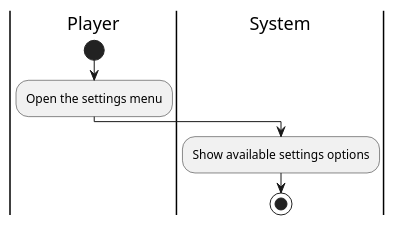
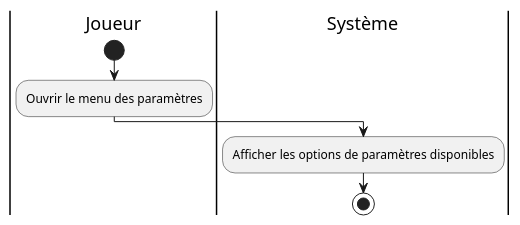
The diagram in Analyse/UseCase/checkParams.puml (LosVerinos/Crossy-Road), drawn with PlantUML before and after one commit. The commit also changed 13 other files, not shown here.

Commit message:
Modifications de certains diagrammes

```diff
--- a/Analyse/UseCase/checkParams.puml
+++ b/Analyse/UseCase/checkParams.puml
@@ -1,9 +1,9 @@
 @startuml checkParamsUC
-|Player|
+|Joueur|
 start
-:Open the settings menu;
+:Ouvrir le menu des paramètres;
 
-|System|
-:Show available settings options;
+|Système|
+:Afficher les options de paramètres disponibles;
 stop
 @enduml
```
